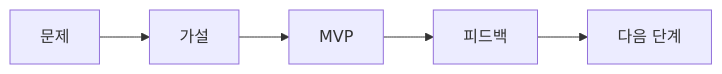
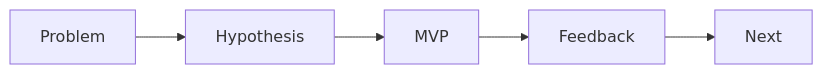
One commit to yeongseon-books/book-content changed the diagram in content/capstone-project-101/ko/06-designing-the-mvp.md. Above: the diagram before and after it, drawn with Mermaid. The commit also changed other lines of this file and 9 other files, not shown here.

````diff
--- a/content/capstone-project-101/ko/06-designing-the-mvp.md
+++ b/content/capstone-project-101/ko/06-designing-the-mvp.md
@@ -53,7 +53,7 @@
 ```mermaid
 flowchart LR
-    P[문제] --> H[가설]
+    P[Problem] --> H[Hypothesis]
     H --> M[MVP]
-    M --> F[피드백]
-    F --> N[다음 단계]
+    M --> F[Feedback]
+    F --> N[Next]
 ```
````
